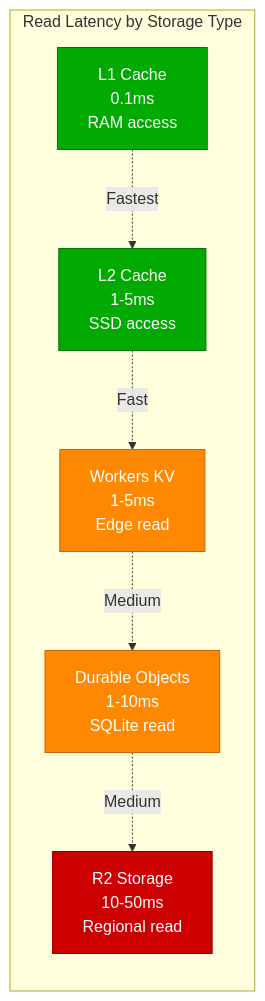
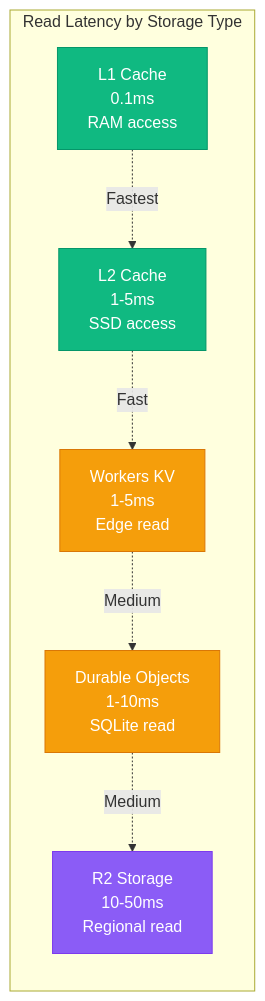
The sixth of 7 diagrams in site/docs/systems/cloudflare/storage-architecture.md (deepaucksharma/DS), drawn with Mermaid before and after one commit. The commit also changed other lines of this file and 303 other files, not shown here.

````diff
--- a/site/docs/systems/cloudflare/storage-architecture.md
+++ b/site/docs/systems/cloudflare/storage-architecture.md
@@ -242,25 +242,25 @@
 ```mermaid
 graph LR
     subgraph "Read Latency by Storage Type"
         L1[L1 Cache<br/>0.1ms<br/>RAM access]
         L2[L2 Cache<br/>1-5ms<br/>SSD access]
         KV[Workers KV<br/>1-5ms<br/>Edge read]
         R2[R2 Storage<br/>10-50ms<br/>Regional read]
         DO[Durable Objects<br/>1-10ms<br/>SQLite read]
     end
 
     %% Performance indicators
     L1 -.->|Fastest| L2
     L2 -.->|Fast| KV
     KV -.->|Medium| DO
     DO -.->|Medium| R2
 
     %% Apply colors
-    classDef fastStyle fill:#00AA00,stroke:#007700,color:#fff
-    classDef mediumStyle fill:#FF8800,stroke:#CC6600,color:#fff
-    classDef slowStyle fill:#CC0000,stroke:#990000,color:#fff
+    classDef fastStyle fill:#10B981,stroke:#059669,color:#fff
+    classDef mediumStyle fill:#F59E0B,stroke:#D97706,color:#fff
+    classDef slowStyle fill:#8B5CF6,stroke:#7C3AED,color:#fff
 
     class L1,L2 fastStyle
     class KV,DO mediumStyle
     class R2 slowStyle
 ```
````
